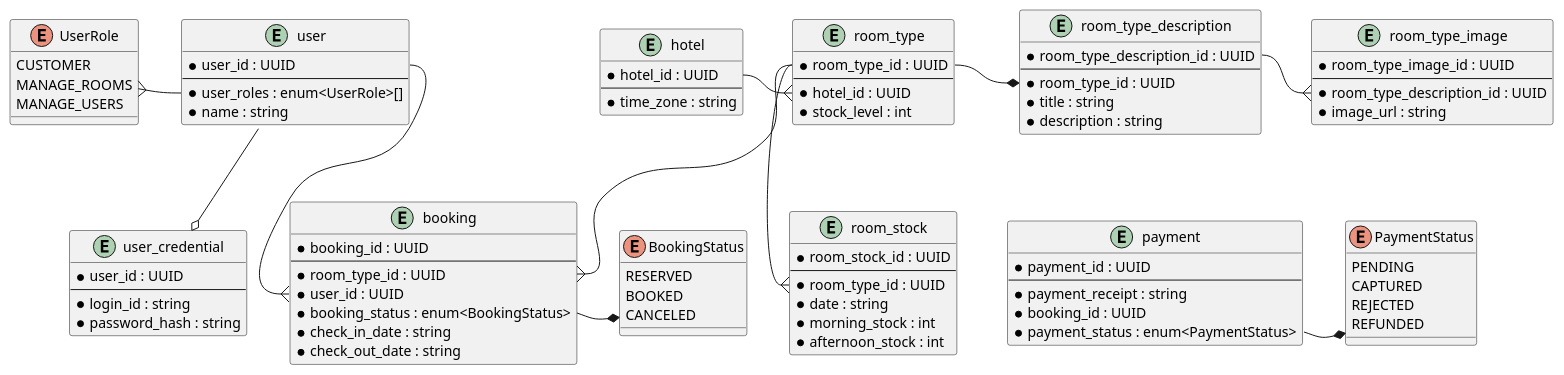
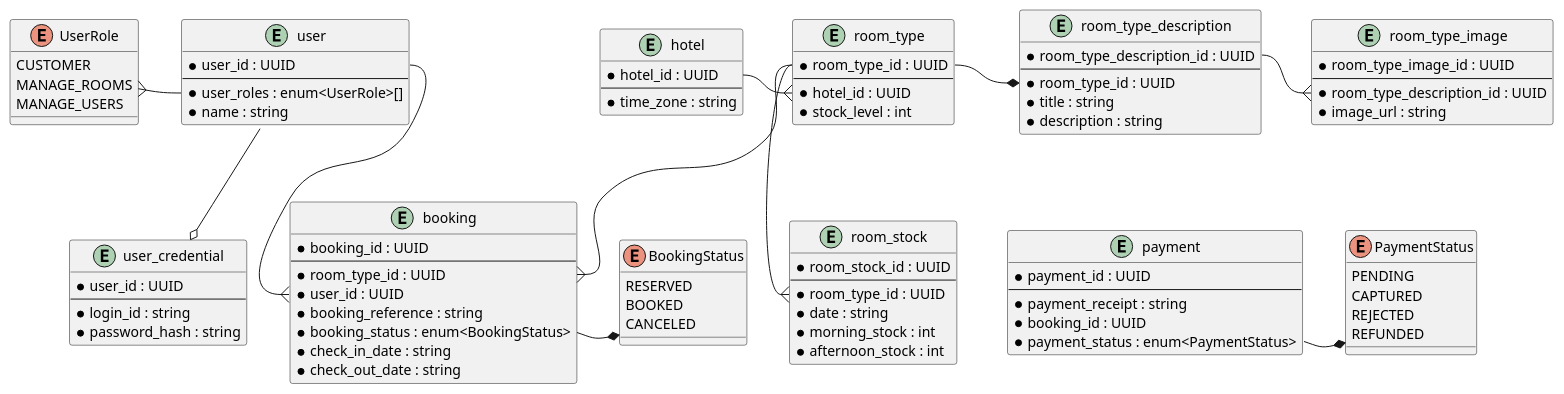
Before and after one commit to Samour/hotel-booking: the diagram in be/db_schema.puml, drawn with PlantUML. The commit also changed 11 other files, not shown here.

```diff
--- a/be/db_schema.puml
+++ b/be/db_schema.puml
@@ -1,118 +1,119 @@
 @startuml
 
 'User
 
 enum UserRole {
     CUSTOMER
     MANAGE_ROOMS
     MANAGE_USERS
 }
 
 entity user_credential {
     * user_id : UUID
     --
     * login_id : string
     * password_hash : string
 }
 
 entity user {
     * user_id : UUID
     --
     * user_roles : enum<UserRole>[]
     * name : string
 }
 
 user --o user_credential
 UserRole }- user::user_roles
 
 'Room
 
 entity hotel {
     * hotel_id : UUID
     --
     * time_zone : string
 }
 
 entity room_type {
     * room_type_id : UUID
     --
     * hotel_id : UUID
     * stock_level : int
 }
 
 hotel::hotel_id -{ room_type::hotel_id
 
 entity room_type_description {
     * room_type_description_id : UUID
     --
     * room_type_id : UUID
     * title : string
     * description : string
 }
 
 room_type::room_type_id -* room_type_description::room_type_id
 
 entity room_type_image {
     * room_type_image_id : UUID
     --
     * room_type_description_id : UUID
     * image_url : string
 }
 
 room_type_description::room_type_description_id -{ room_type_image::room_type_description_id
 
 entity room_stock {
     * room_stock_id : UUID
     --
     * room_type_id : UUID
     * date : string
     * morning_stock : int
     * afternoon_stock : int
 }
 
 room_type::room_type_id --{ room_stock::room_type_id
 
 'Booking
 
 enum BookingStatus {
     RESERVED
     BOOKED
     CANCELED
 }
 
 entity booking {
     * booking_id : UUID
     --
     * room_type_id : UUID
     * user_id : UUID
+    * booking_reference : string
     * booking_status : enum<BookingStatus>
     * check_in_date : string
     * check_out_date : string
 }
 
 booking::booking_status -* BookingStatus
 user::user_id --{ booking::user_id
 room_type::room_type_id --{ booking::room_type_id
 
 'Payment
 
 enum PaymentStatus {
     PENDING
     CAPTURED
     REJECTED
     REFUNDED
 }
 
 entity payment {
     * payment_id : UUID
     --
     * payment_receipt : string
     * booking_id : UUID
     * payment_status : enum<PaymentStatus>
 }
 
 payment::payment_status -* PaymentStatus
 
 room_type_description -[hidden]- payment
 
 @enduml
```
